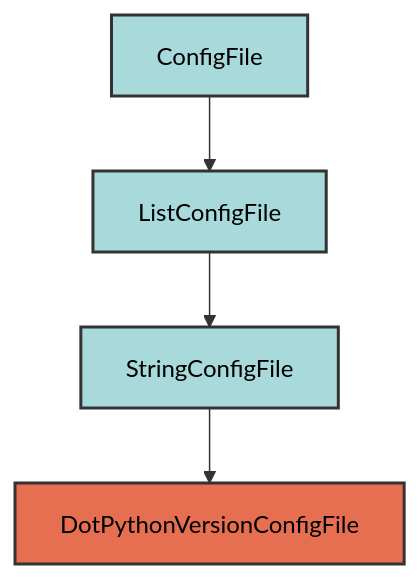
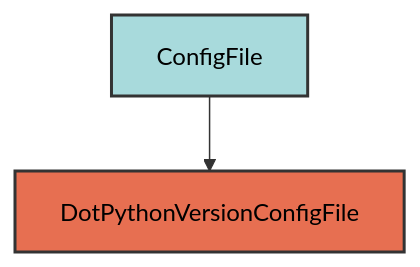
The diagram in docs/configs/dot_python_version.md (Winipedia/pyrig), drawn with Mermaid before and after one commit. The commit also changed other lines of this file and 3 other files, not shown here.

````diff
--- a/docs/configs/dot_python_version.md
+++ b/docs/configs/dot_python_version.md
@@ -18,11 +18,7 @@
 ```mermaid
 graph TD
-    A[ConfigFile] --> B[ListConfigFile]
-    B --> C[StringConfigFile]
-    C --> D[DotPythonVersionConfigFile]
+    A[ConfigFile] --> B[DotPythonVersionConfigFile]
 
     style A fill:#a8dadc,stroke:#333,stroke-width:2px,color:#000
-    style B fill:#a8dadc,stroke:#333,stroke-width:2px,color:#000
-    style C fill:#a8dadc,stroke:#333,stroke-width:2px,color:#000
-    style D fill:#e76f51,stroke:#333,stroke-width:2px,color:#000
+    style B fill:#e76f51,stroke:#333,stroke-width:2px,color:#000
 ```
````
